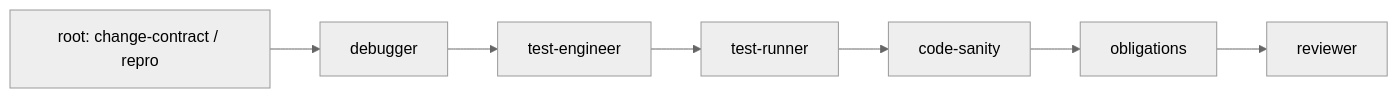
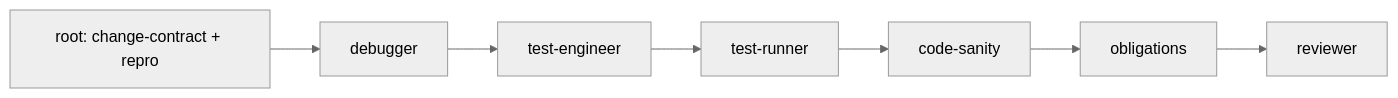
The fifth of 14 diagrams in docs/design/chain-templates.md (xtrm-dev/specialists), drawn with Mermaid (neutral theme) before and after one commit. The commit also changed other lines of this file and 5 other files, not shown here.

````diff
--- a/docs/design/chain-templates.md
+++ b/docs/design/chain-templates.md
@@ -112,9 +265,9 @@
 ```mermaid
 flowchart LR
-  root[root: change-contract / repro] --> debugger
+  root[root: change-contract + repro] --> debugger
   debugger --> test-engineer
   test-engineer --> test-runner
   test-runner --> code-sanity
   code-sanity --> obligations
   obligations --> reviewer
 ```
````
